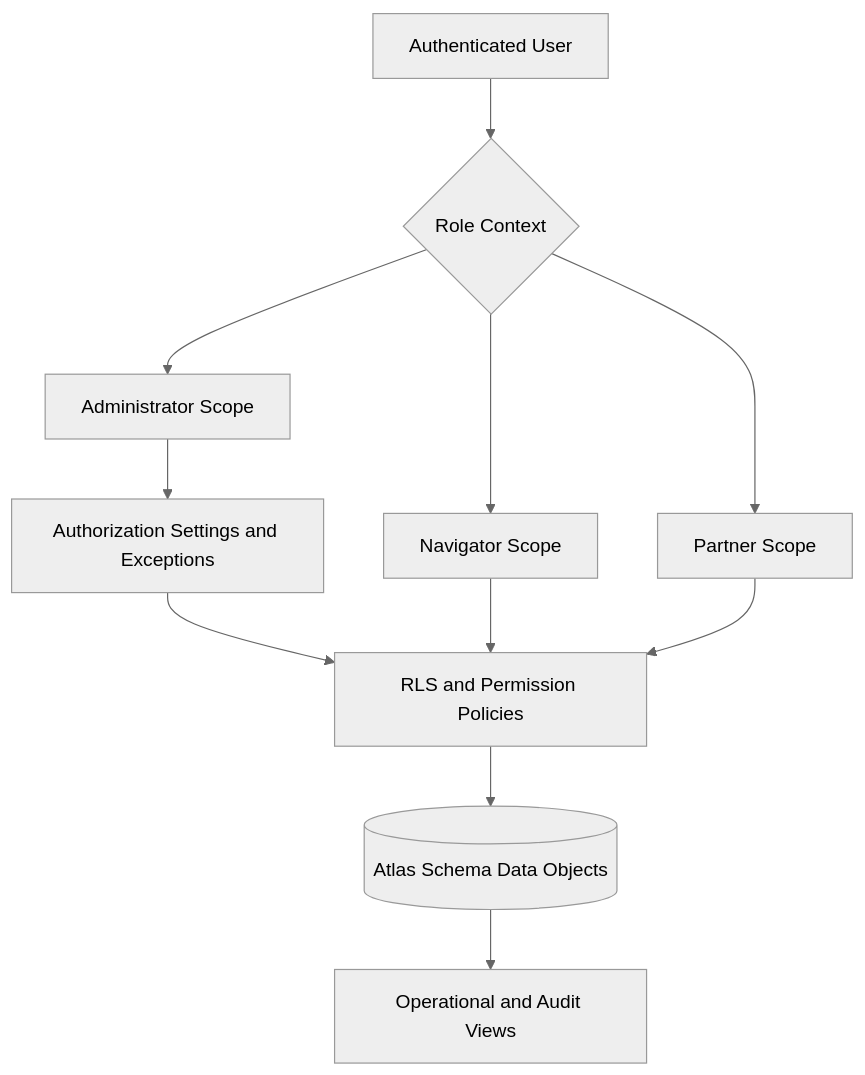
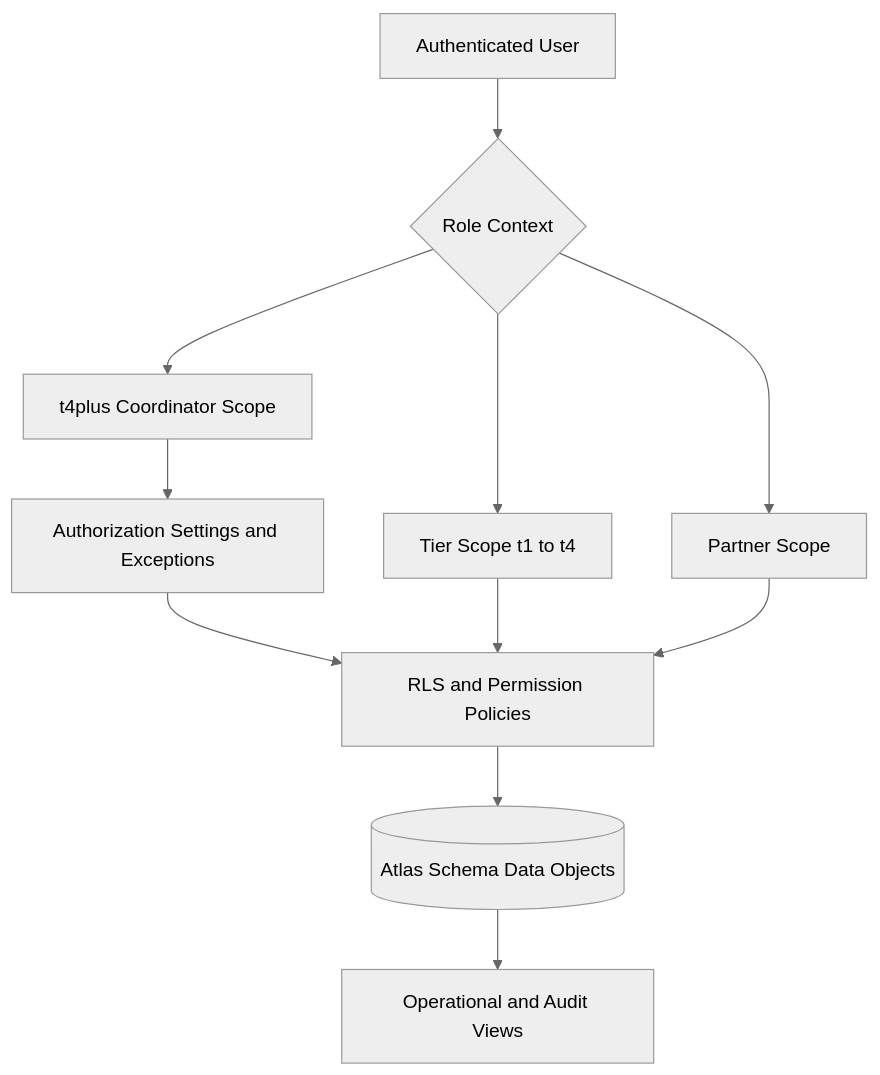
One commit to kc-aidesigntech/atlas2.0 changed the third of 3 diagrams in README.md. Above: the diagram before and after it, drawn with Mermaid (neutral theme). The commit also changed other lines of this file and 91 other files, not shown here.

````diff
--- a/README.md
+++ b/README.md
@@ -57,15 +58,15 @@
 ```mermaid
 flowchart TD
   U[Authenticated User] --> R{Role Context}
-  R --> N[Navigator Scope]
+  R --> N[Tier Scope t1 to t4]
   R --> P[Partner Scope]
-  R --> A[Administrator Scope]
+  R --> A[t4plus Coordinator Scope]
 
   A --> G[Authorization Settings and Exceptions]
   G --> L[RLS and Permission Policies]
   N --> L
   P --> L
 
   L --> DB[(Atlas Schema Data Objects)]
   DB --> Q[Operational and Audit Views]
 ```
````
